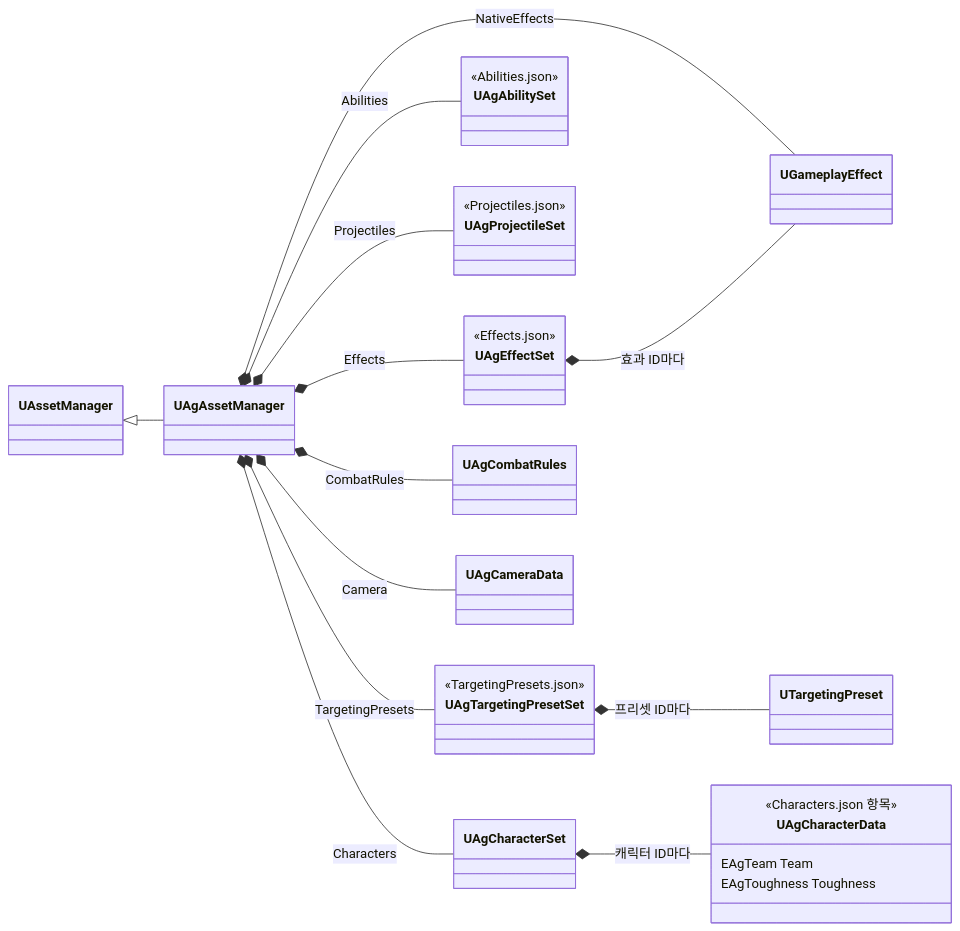
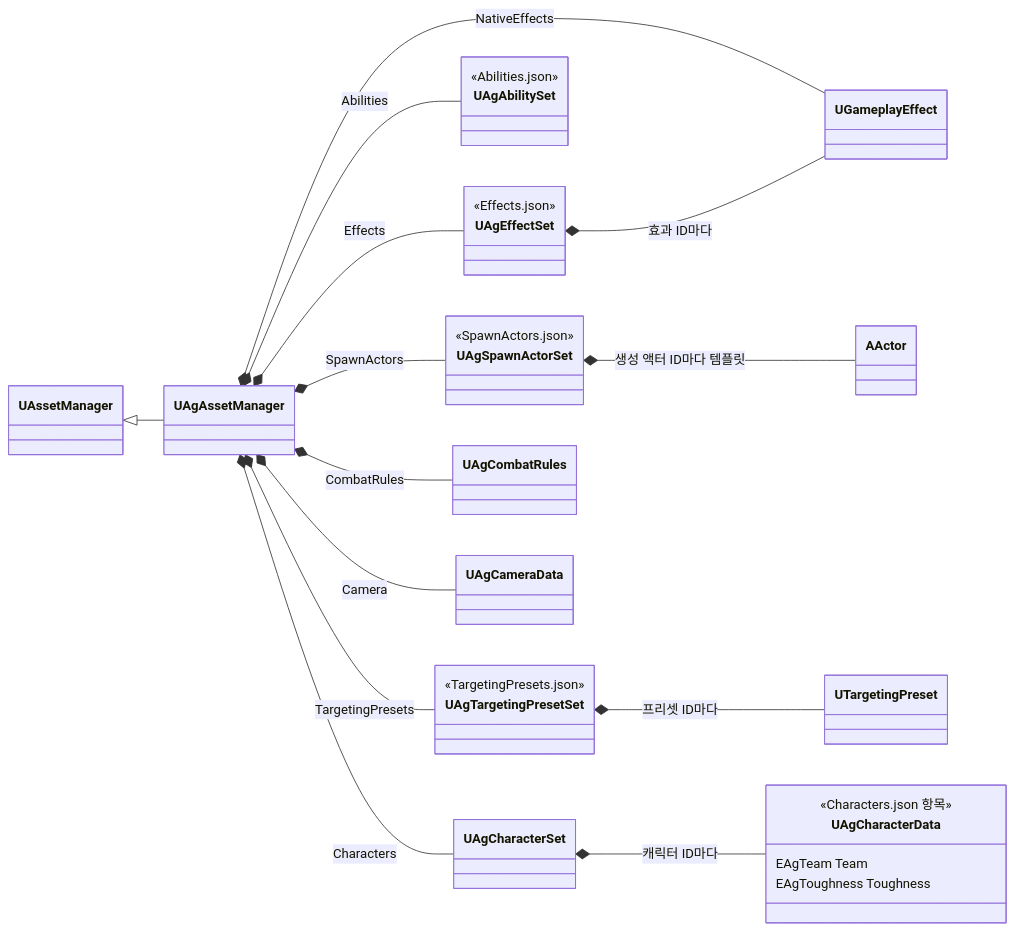
Before and after one commit to Woogl/Ag: the second of 2 diagrams in Docs/Architecture/데이터 로딩과 스키마.md, drawn with Mermaid. The commit also changed other lines of this file and 10 other files, not shown here.

````diff
--- a/Docs/Architecture/데이터 로딩과 스키마.md
+++ b/Docs/Architecture/데이터 로딩과 스키마.md
@@ -206,33 +212,34 @@
 ```mermaid
 classDiagram
     direction LR
     class UAgEffectSet {
         <<Effects.json>>
     }
     class UAgAbilitySet {
         <<Abilities.json>>
     }
-    class UAgProjectileSet {
-        <<Projectiles.json>>
+    class UAgSpawnActorSet {
+        <<SpawnActors.json>>
     }
     class UAgTargetingPresetSet {
         <<TargetingPresets.json>>
     }
     class UAgCharacterData {
         <<Characters.json 항목>>
         EAgTeam Team
         EAgToughness Toughness
     }
     UAssetManager <|-- UAgAssetManager
     UAgAssetManager *-- UAgCombatRules : CombatRules
     UAgAssetManager *-- UAgCameraData : Camera
     UAgAssetManager *-- UAgEffectSet : Effects
     UAgAssetManager *-- UGameplayEffect : NativeEffects
-    UAgAssetManager *-- UAgProjectileSet : Projectiles
+    UAgAssetManager *-- UAgSpawnActorSet : SpawnActors
+    UAgSpawnActorSet *-- AActor : 생성 액터 ID마다 템플릿
     UAgAssetManager *-- UAgTargetingPresetSet : TargetingPresets
     UAgAssetManager *-- UAgAbilitySet : Abilities
     UAgAssetManager *-- UAgCharacterSet : Characters
     UAgCharacterSet *-- UAgCharacterData : 캐릭터 ID마다
     UAgEffectSet *-- UGameplayEffect : 효과 ID마다
     UAgTargetingPresetSet *-- UTargetingPreset : 프리셋 ID마다
 ```
````
